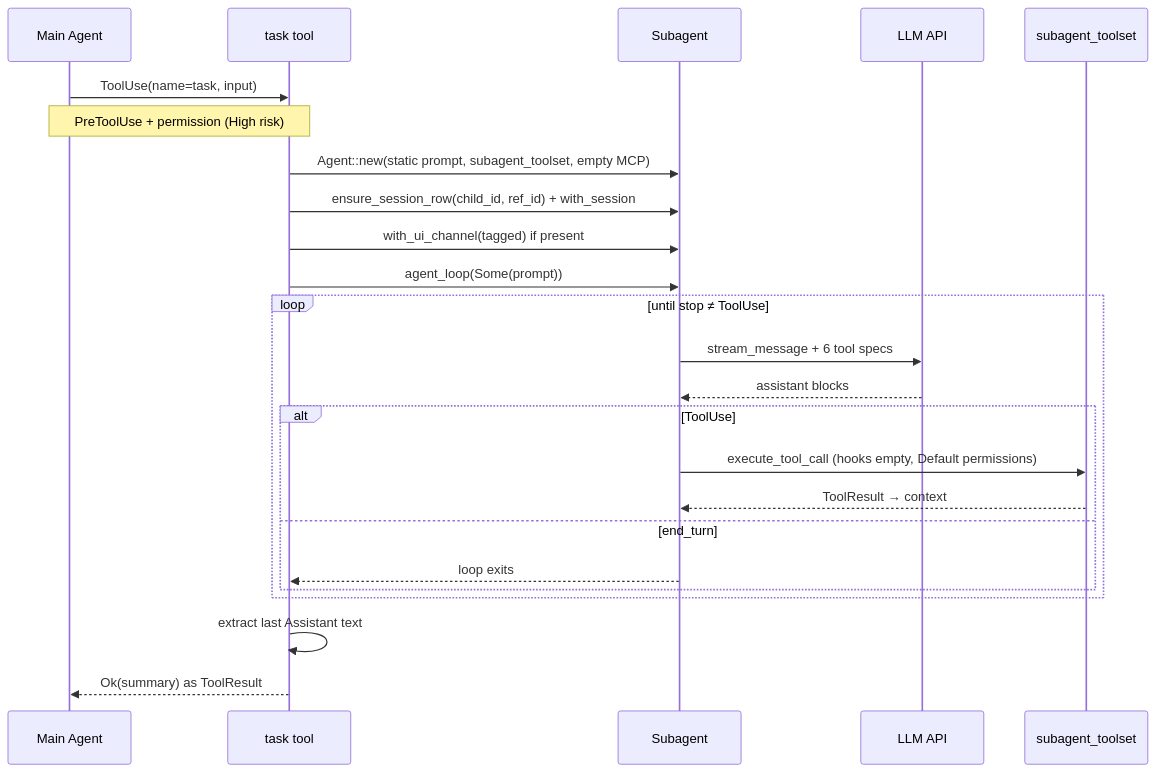
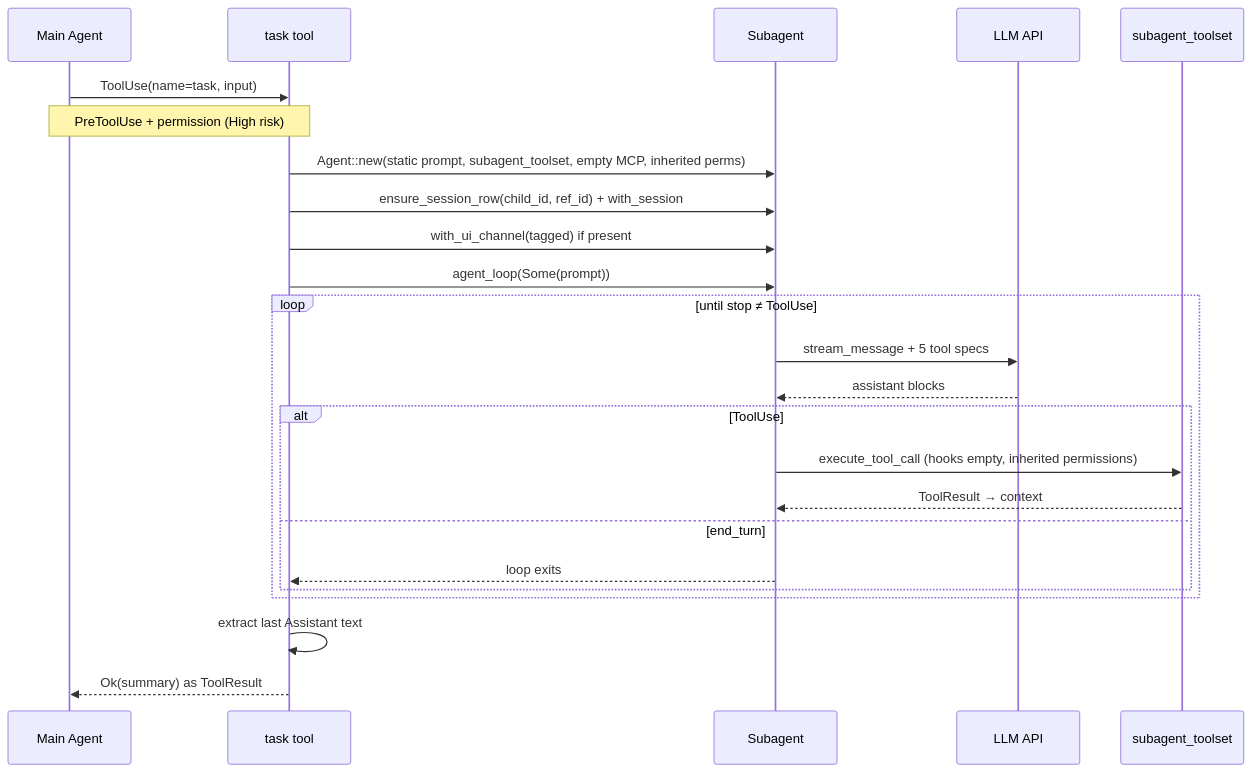
One commit to rust-infra/tact changed the first of 5 diagrams in book/12_chapter_subagent.md. Above: the diagram before and after it, drawn with Mermaid. The commit also changed other lines of this file and 166 other files, not shown here.

````diff
--- a/book/12_chapter_subagent.md
+++ b/book/12_chapter_subagent.md
@@ -59,29 +96,29 @@
 ```mermaid
 sequenceDiagram
     participant Parent as Main Agent
     participant Task as task tool
     participant Sub as Subagent
     participant LLM as LLM API
     participant Tools as subagent_toolset
 
     Parent->>Task: ToolUse(name=task, input)
     Note over Parent,Task: PreToolUse + permission (High risk)
-    Task->>Sub: Agent::new(static prompt, subagent_toolset, empty MCP)
+    Task->>Sub: Agent::new(static prompt, subagent_toolset, empty MCP, inherited perms)
     Task->>Sub: ensure_session_row(child_id, ref_id) + with_session
     Task->>Sub: with_ui_channel(tagged) if present
     Task->>Sub: agent_loop(Some(prompt))
 
     loop until stop ≠ ToolUse
-        Sub->>LLM: stream_message + 6 tool specs
+        Sub->>LLM: stream_message + 5 tool specs
         LLM-->>Sub: assistant blocks
         alt ToolUse
-            Sub->>Tools: execute_tool_call (hooks empty, Default permissions)
+            Sub->>Tools: execute_tool_call (hooks empty, inherited permissions)
             Tools-->>Sub: ToolResult → context
         else end_turn
             Sub-->>Task: loop exits
         end
     end
 
     Task->>Task: extract last Assistant text
     Task-->>Parent: Ok(summary) as ToolResult
 ```
````
